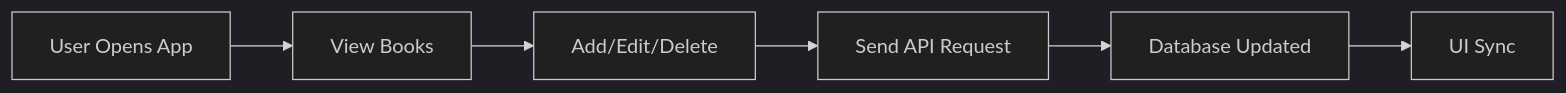
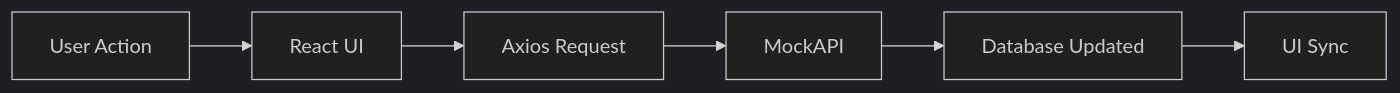
The second of 4 diagrams in README.md (viveklanke007/Book_inventory_manager), drawn with Mermaid (dark theme) before and after one commit. The commit also changed other lines of this file, not shown here.

````diff
--- a/README.md
+++ b/README.md
@@ -121,8 +83,8 @@
 ```mermaid
 flowchart LR
-    A[User Opens App] --> B[View Books]
-    B --> C[Add/Edit/Delete]
-    C --> D[Send API Request]
+    A[User Action] --> B[React UI]
+    B --> C[Axios Request]
+    C --> D[MockAPI]
     D --> E[Database Updated]
     E --> F[UI Sync]
 ```
````
